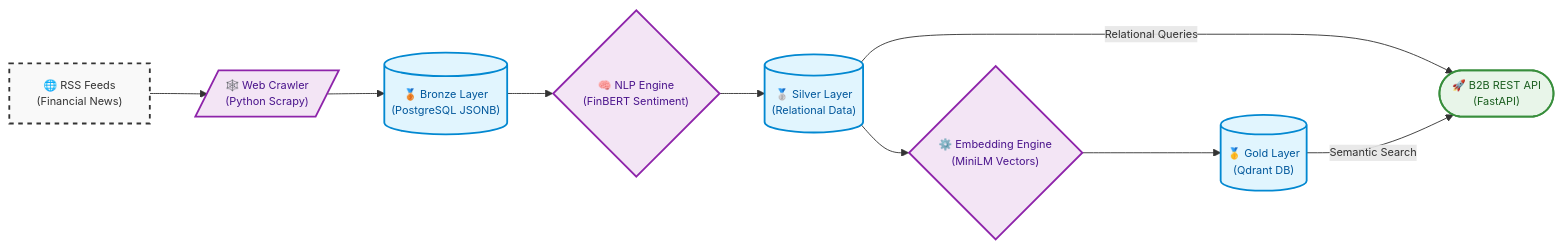
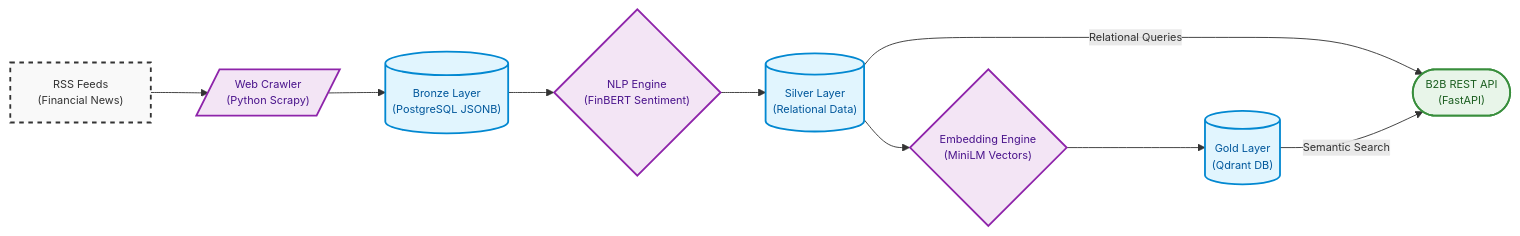
Before and after one commit to FranSMM/syndra-docs: the diagram in README.md, drawn with Mermaid. The commit also changed other lines of this file and 1 other file, not shown here.

````diff
--- a/README.md
+++ b/README.md
@@ -91,26 +121,26 @@
 ```mermaid
 graph LR
     %%{init: {'themeVariables': { 'fontSize': '12px', 'nodePadding': 8 }}}%%
     %% Styles
     classDef source fill:#f9f9f9,stroke:#333,stroke-width:2px,stroke-dasharray: 5 5
     classDef storage fill:#e1f5fe,stroke:#0288d1,stroke-width:2px,color:#01579b
     classDef compute fill:#f3e5f5,stroke:#8e24aa,stroke-width:2px,color:#4a148c
     classDef api fill:#e8f5e9,stroke:#388e3c,stroke-width:2px,color:#1b5e20
 
     %% Main pipeline
-    A["🌐 RSS Feeds<br/>(Financial News)"]:::source
-    B[/"🕸️ Web Crawler<br/>(Python Scrapy)"/]:::compute
-    C[("🥉 Bronze Layer<br/>(PostgreSQL JSONB)")]:::storage
-    D{"🧠 NLP Engine<br/>(FinBERT Sentiment)"}:::compute
-    E[("🥈 Silver Layer<br/>(Relational Data)")]:::storage
-    F{"⚙️ Embedding Engine<br/>(MiniLM Vectors)"}:::compute
-    G[("🥇 Gold Layer<br/>(Qdrant DB)")]:::storage
+    A["RSS Feeds<br/>(Financial News)"]:::source
+    B[/"Web Crawler<br/>(Python Scrapy)"/]:::compute
+    C[("Bronze Layer<br/>(PostgreSQL JSONB)")]:::storage
+    D{"NLP Engine<br/>(FinBERT Sentiment)"}:::compute
+    E[("Silver Layer<br/>(Relational Data)")]:::storage
+    F{"Embedding Engine<br/>(MiniLM Vectors)"}:::compute
+    G[("Gold Layer<br/>(Qdrant DB)")]:::storage
 
     A --> B --> C --> D --> E --> F --> G
 
     %% API layer (separate row naturally)
-    H(["🚀 B2B REST API<br/>(FastAPI)"]):::api
+    H(["B2B REST API<br/>(FastAPI)"]):::api
 
     E -->|Relational Queries| H
     G -->|Semantic Search| H
 ```
````
